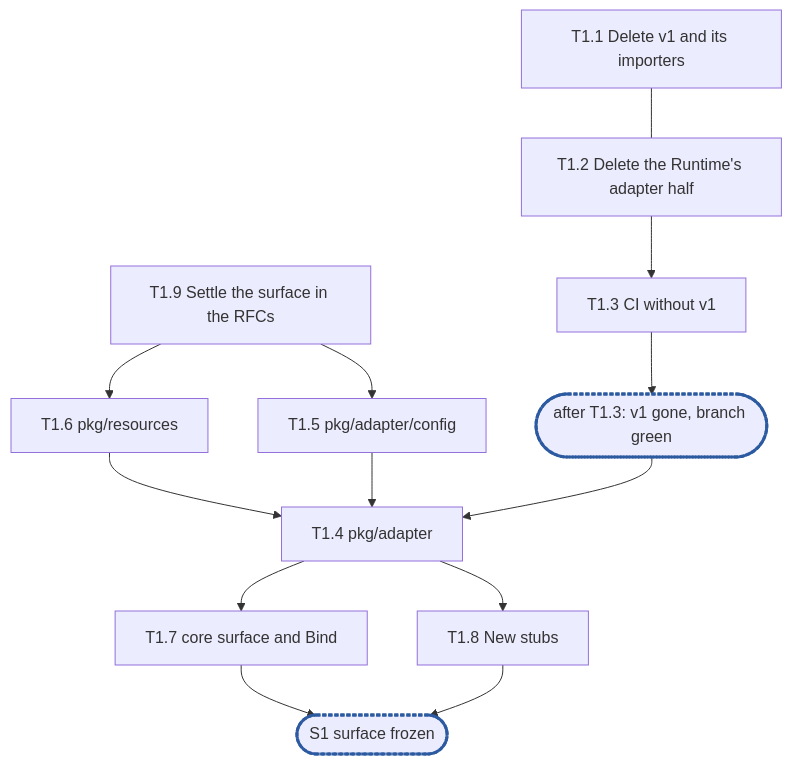
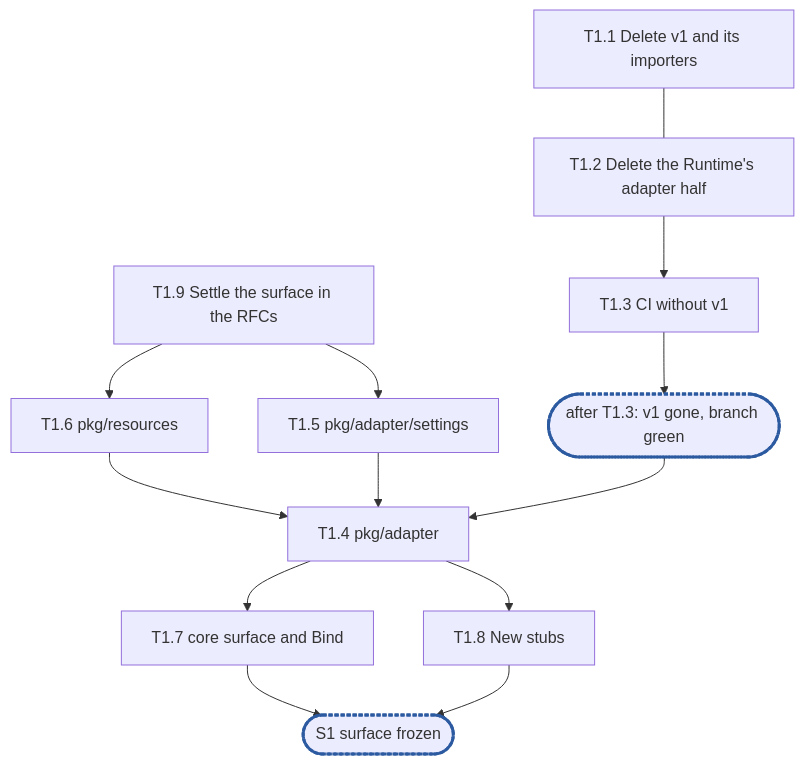
Before and after one commit to cubbit/dittofs: the diagram in docs/internals/planning/rfc-20-adapters-epic1.md, drawn with Mermaid. The commit also changed other lines of this file and 20 other files, not shown here.

Commit message:
refactor(adapter): rename pkg/adapter/config to pkg/adapter/settings

````diff
--- a/docs/internals/planning/rfc-20-adapters-epic1.md
+++ b/docs/internals/planning/rfc-20-adapters-epic1.md
@@ -754,15 +754,15 @@
 ```mermaid
 flowchart TD
   T1_9["T1.9 Settle the surface in the RFCs"]
   T1_1["T1.1 Delete v1 and its importers"] --- T1_2["T1.2 Delete the Runtime's adapter half"]
   T1_2 --> T1_3["T1.3 CI without v1"]
   T1_3 --> C1(["after T1.3: v1 gone, branch green"]):::sync
-  T1_9 --> T1_6["T1.6 pkg/resources"] & T1_5["T1.5 pkg/adapter/config"]
+  T1_9 --> T1_6["T1.6 pkg/resources"] & T1_5["T1.5 pkg/adapter/settings"]
   T1_6 --> T1_4["T1.4 pkg/adapter"]
   T1_5 --> T1_4
   C1 --> T1_4
   T1_4 --> T1_7["T1.7 core surface and Bind"] & T1_8["T1.8 New stubs"]
   T1_7 --> S1(["S1 surface frozen"]):::sync
   T1_8 --> S1
   classDef sync stroke:#2c5aa0,stroke-width:3px,stroke-dasharray:4 2
 ```
````
